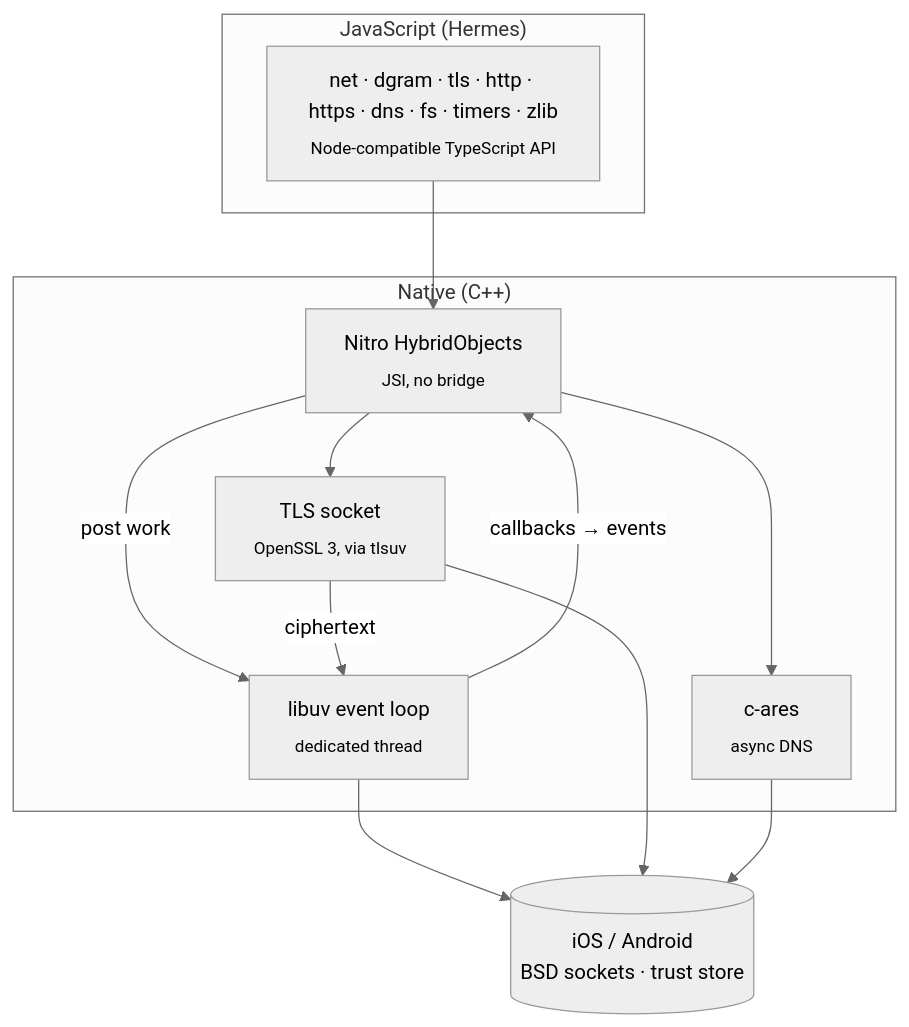
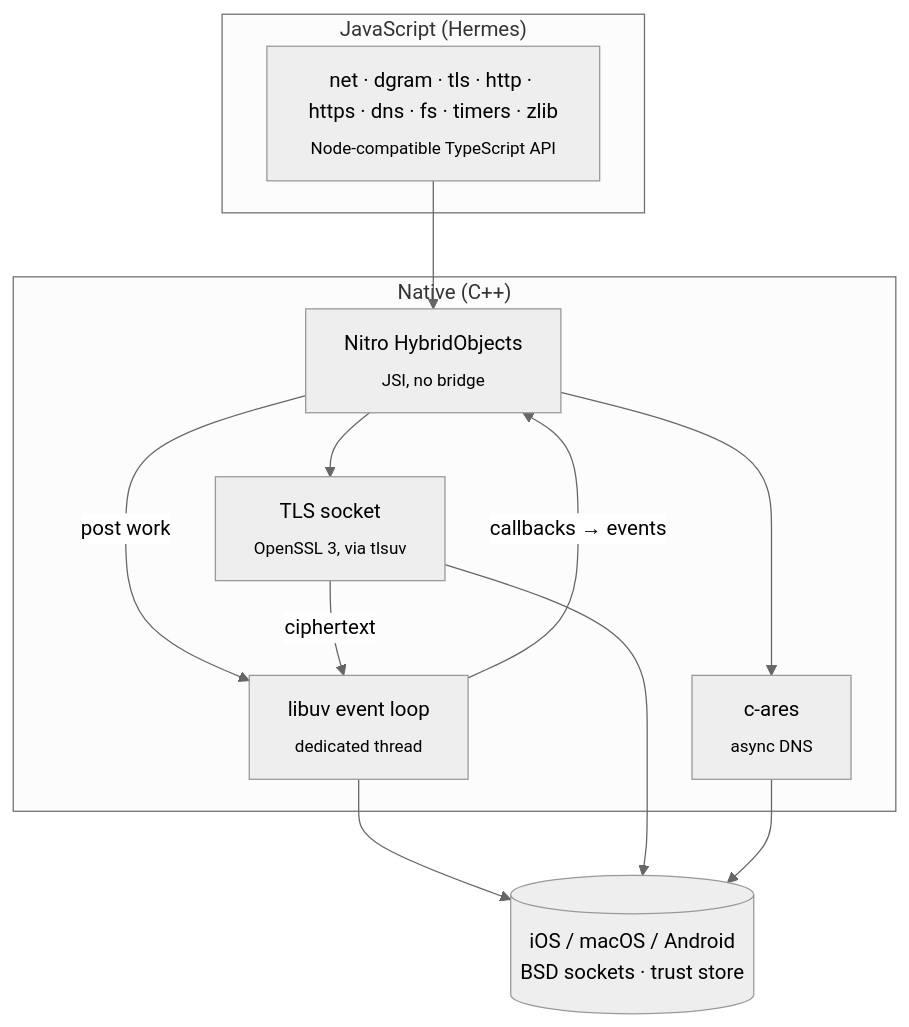
The diagram in README.md (gmanole01/react-native-nitro-node), drawn with Mermaid (neutral theme) before and after one commit. The commit also changed other lines of this file and 38 other files, not shown here.

````diff
--- a/README.md
+++ b/README.md
@@ -698,25 +710,25 @@
 ```mermaid
 flowchart TB
     subgraph JS["JavaScript (Hermes)"]
         API["net · dgram · tls · http · https · dns · fs · timers · zlib<br/><sub>Node-compatible TypeScript API</sub>"]
     end
 
     subgraph Native["Native (C++)"]
         Nitro["Nitro HybridObjects<br/><sub>JSI, no bridge</sub>"]
         Loop["libuv event loop<br/><sub>dedicated thread</sub>"]
         TLS["TLS socket<br/><sub>OpenSSL 3, via tlsuv</sub>"]
         Ares["c-ares<br/><sub>async DNS</sub>"]
     end
 
-    OS[("iOS / Android<br/>BSD sockets · trust store")]
+    OS[("iOS / macOS / Android<br/>BSD sockets · trust store")]
 
     API --> Nitro
     Nitro -- "post work" --> Loop
     Loop -- "callbacks → events" --> Nitro
     Nitro --> TLS
     TLS -- "ciphertext" --> Loop
     Nitro --> Ares
     Loop --> OS
     TLS --> OS
     Ares --> OS
 ```
````
